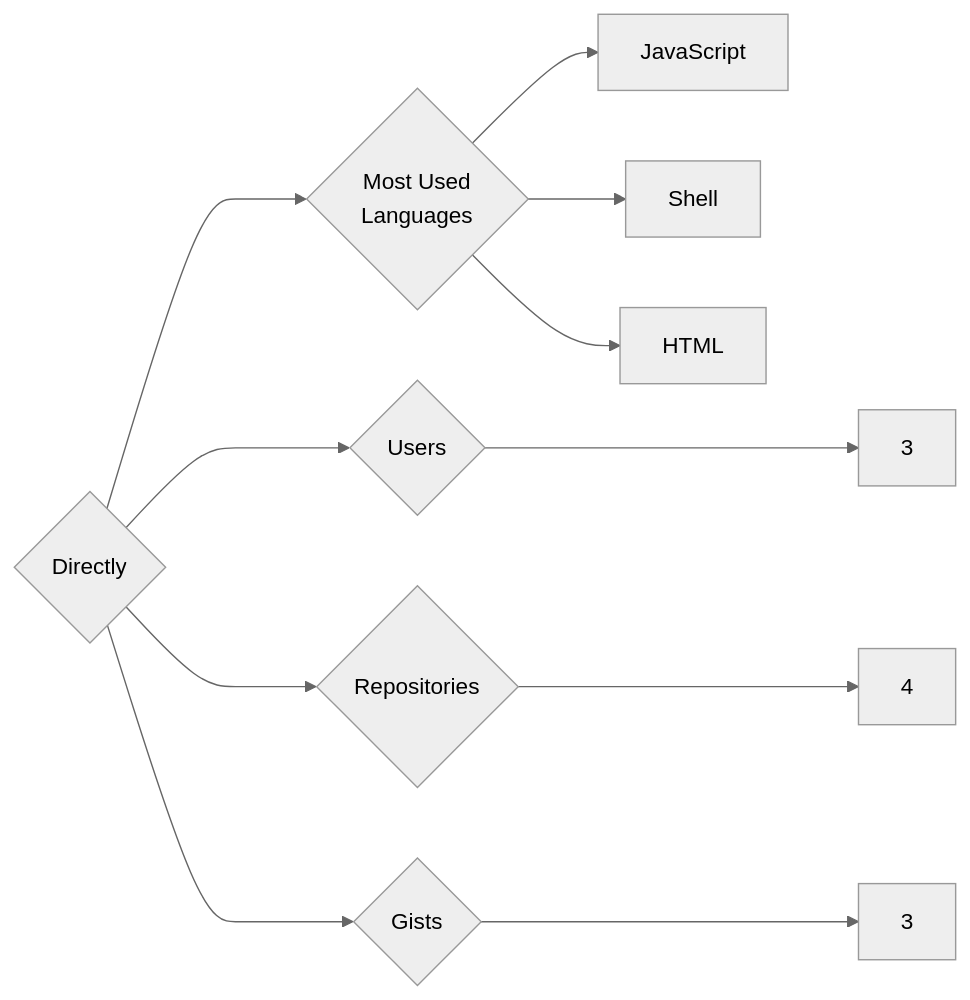
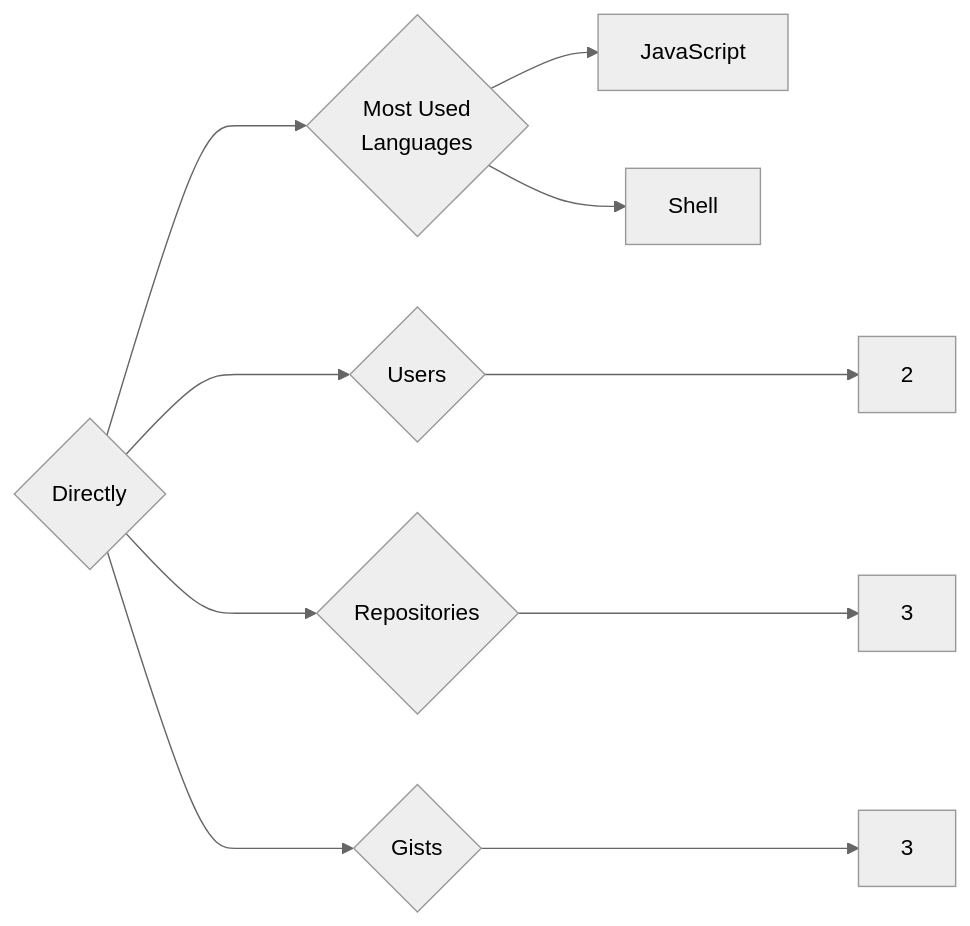
The diagram in targets/Directly/README.md (trickest/insiders), drawn with Mermaid (neutral theme) before and after one commit. The commit also changed 891 other files, not shown here.

````diff
--- a/targets/Directly/README.md
+++ b/targets/Directly/README.md
@@ -3,11 +3,10 @@
 ```mermaid
 graph LR
 COMPANY_NAME{Directly}
-COMPANY_NAME ---> U{Users} ---> UN[3]
-COMPANY_NAME ---> R{Repositories} ---> RN[4]
+COMPANY_NAME ---> U{Users} ---> UN[2]
+COMPANY_NAME ---> R{Repositories} ---> RN[3]
 COMPANY_NAME ---> G{Gists} ---> GN[3]
 COMPANY_NAME ---> ML{Most Used<br>Languages}
 ML --> JavaScript[JavaScript]
 ML --> Shell[Shell]
-ML --> HTML[HTML]
 ```
````
